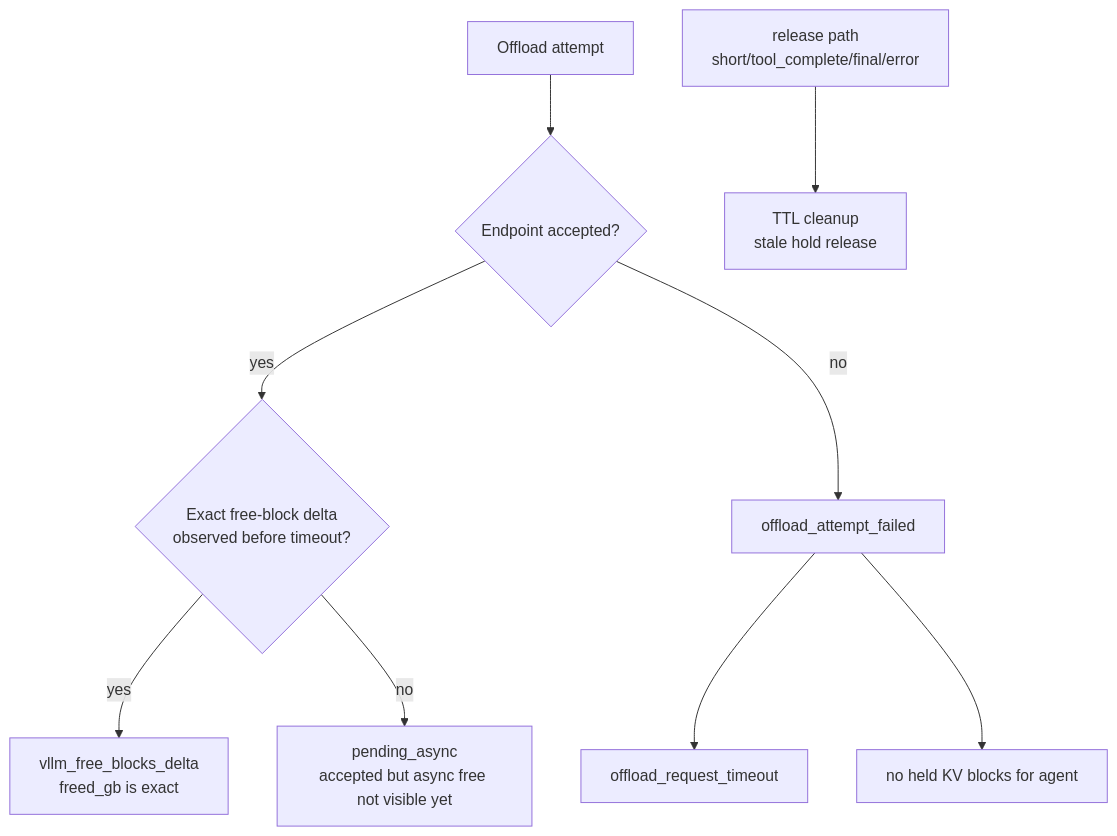
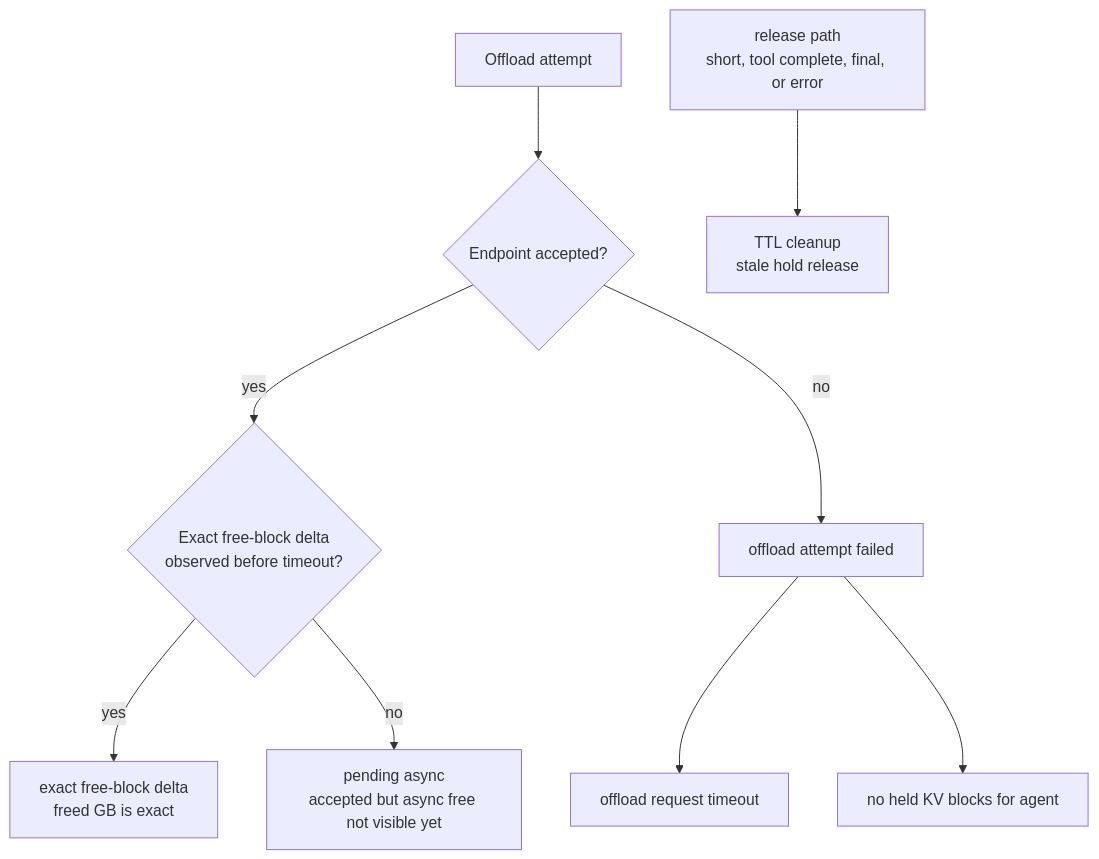
Before and after one commit to javenjwzhao-coder/agent-concurrency: the eighth of 8 diagrams in docs/agent_kv_offload_architecture.md, drawn with Mermaid. The commit also changed other lines of this file, not shown here.

Commit message:
Fix Mermaid architecture diagrams

````diff
--- a/docs/agent_kv_offload_architecture.md
+++ b/docs/agent_kv_offload_architecture.md
@@ -263,22 +263,22 @@
 ```mermaid
 flowchart TD
     attempt[Offload attempt]
     accepted{Endpoint accepted?}
     exact{Exact free-block delta<br/>observed before timeout?}
-    pending[pending_async<br/>accepted but async free not visible yet]
-    exactok[vllm_free_blocks_delta<br/>freed_gb is exact]
-    fail[offload_attempt_failed]
-    timeout[offload_request_timeout]
+    pending[pending async<br/>accepted but async free not visible yet]
+    exactok[exact free-block delta<br/>freed GB is exact]
+    fail[offload attempt failed]
+    timeout[offload request timeout]
     noheld[no held KV blocks for agent]
-    release[release path<br/>short/tool_complete/final/error]
+    release[release path<br/>short, tool complete, final, or error]
     ttl[TTL cleanup<br/>stale hold release]
 
     attempt --> accepted
     accepted -- yes --> exact
     exact -- yes --> exactok
     exact -- no --> pending
     accepted -- no --> fail
     fail --> timeout
     fail --> noheld
     release --> ttl
 ```
````
